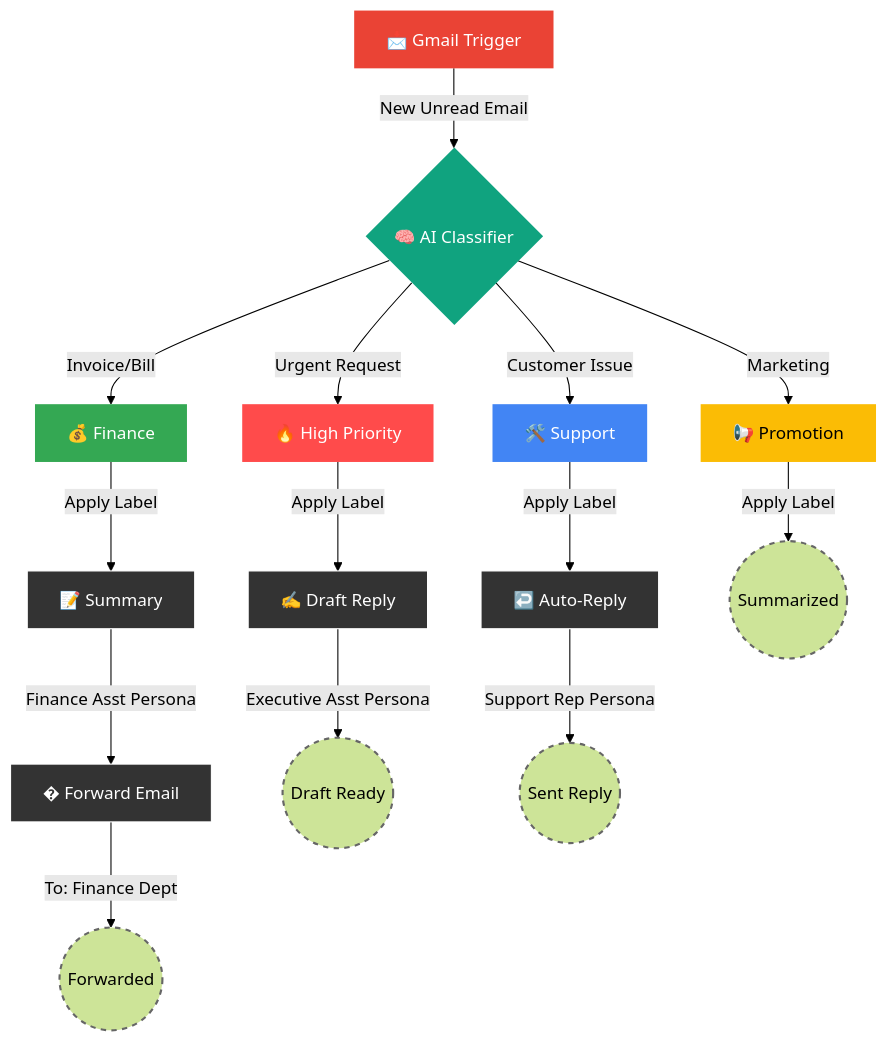
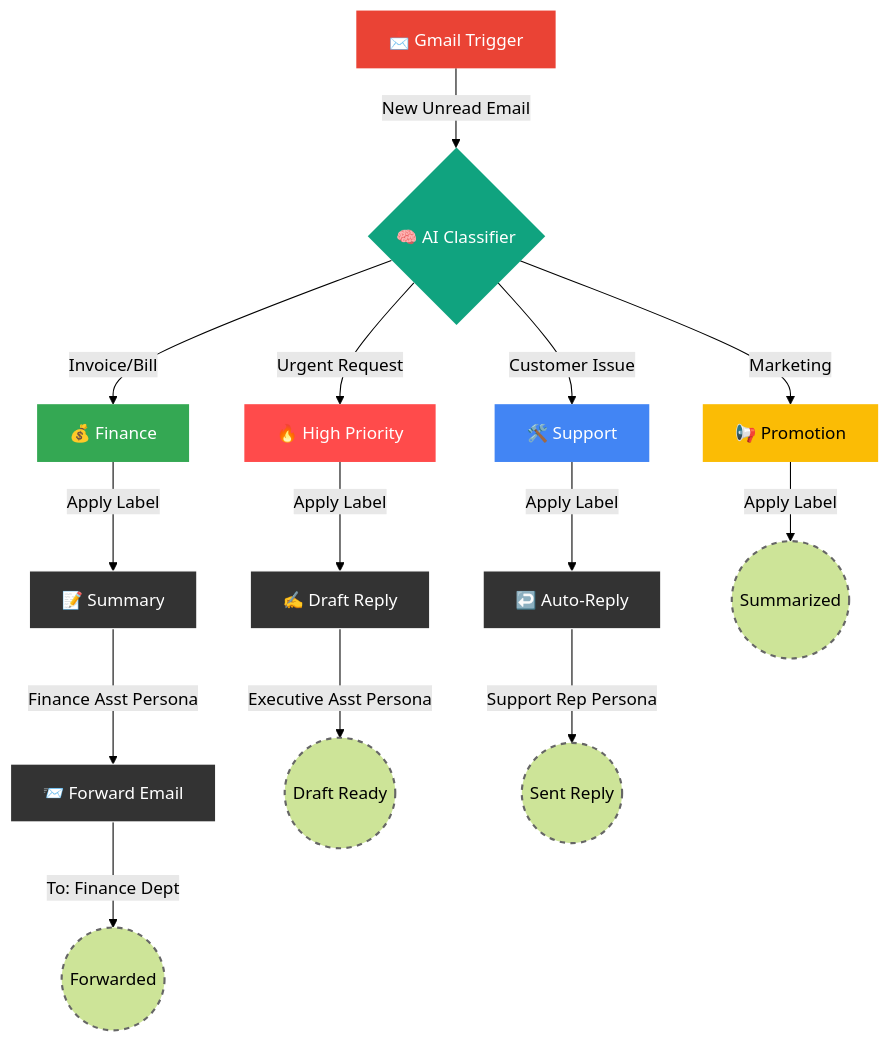
Before and after one commit to ujjwaltiwari01/ai-inbox-automation: the diagram in README.md, drawn with Mermaid (forest theme). The commit also changed other lines of this file, not shown here.

````diff
--- a/README.md
+++ b/README.md
@@ -53,47 +113,47 @@
 ```mermaid
 graph TD
     %% Nodes
     Trigger[📩 Gmail Trigger]:::gmail
     Classifier{🧠 AI Classifier}:::ai
     
     %% Categories
     Priority[🔥 High Priority]:::urgent
     Support[🛠️ Support]:::support
     Finance[💰 Finance]:::finance
     Promo[📢 Promotion]:::promo
     
     %% Actions
     Draft[✍️ Draft Reply]:::action
     Reply[↩️ Auto-Reply]:::action
     Summary[📝 Summary]:::action
-    Forward[� Forward Email]:::action
+    Forward[📨 Forward Email]:::action
 
     %% Flow
     Trigger -->|New Unread Email| Classifier
     
     Classifier -->|Urgent Request| Priority
     Priority -->|Apply Label| Draft
     Draft -->|Executive Asst Persona| End1((Draft Ready)):::endnode
 
     Classifier -->|Customer Issue| Support
     Support -->|Apply Label| Reply
     Reply -->|Support Rep Persona| End2((Sent Reply)):::endnode
 
     Classifier -->|Invoice/Bill| Finance
     Finance -->|Apply Label| Summary
     Summary -->|Finance Asst Persona| Forward
     Forward -->|To: Finance Dept| End3((Forwarded)):::endnode
 
     Classifier -->|Marketing| Promo
     Promo -->|Apply Label| End4((Summarized)):::endnode
 
     %% Styling
     classDef gmail fill:#EA4335,color:white,stroke:none
     classDef ai fill:#10A37F,color:white,stroke:none
     classDef urgent fill:#FF4B4B,color:white,stroke:none
     classDef support fill:#4285F4,color:white,stroke:none
     classDef finance fill:#34A853,color:white,stroke:none
     classDef promo fill:#FBBC05,color:black,stroke:none
     classDef action fill:#333,color:white,stroke:#fff
     classDef endnode fill:#none,stroke:#666,stroke-width:2px,stroke-dasharray: 5 5
 ```
````
